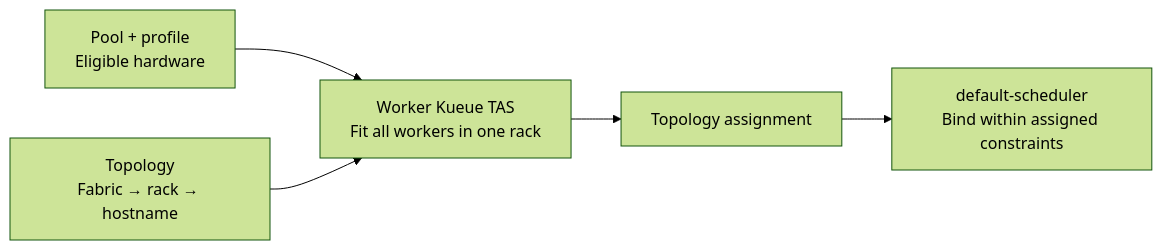
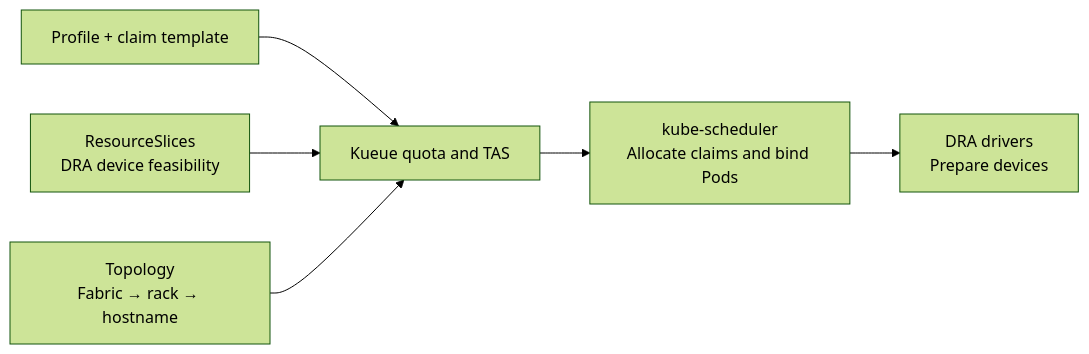
One commit to wsq2333/milos changed the fourth of 5 diagrams in docs/resource-pools.md. Above: the diagram before and after it, drawn with Mermaid (forest theme). The commit also changed other lines of this file and 6 other files, not shown here.

Commit message:
docs: adopt DRA-backed resource design and summarize key features

````diff
--- a/docs/resource-pools.md
+++ b/docs/resource-pools.md
@@ -193,7 +179,8 @@
 ```mermaid
 flowchart LR
-    P["Pool + profile<br/>Eligible hardware"] --> K["Worker Kueue TAS<br/>Fit all workers in one rack"]
+    P["Profile + claim template"] --> K["Kueue quota and TAS"]
+    I["ResourceSlices<br/>DRA device feasibility"] --> K
     T["Topology<br/>Fabric → rack → hostname"] --> K
-    K --> A["Topology assignment"]
-    A --> S["default-scheduler<br/>Bind within assigned constraints"]
+    K --> S["kube-scheduler<br/>Allocate claims and bind Pods"]
+    S --> D["DRA drivers<br/>Prepare devices"]
 ```
````
